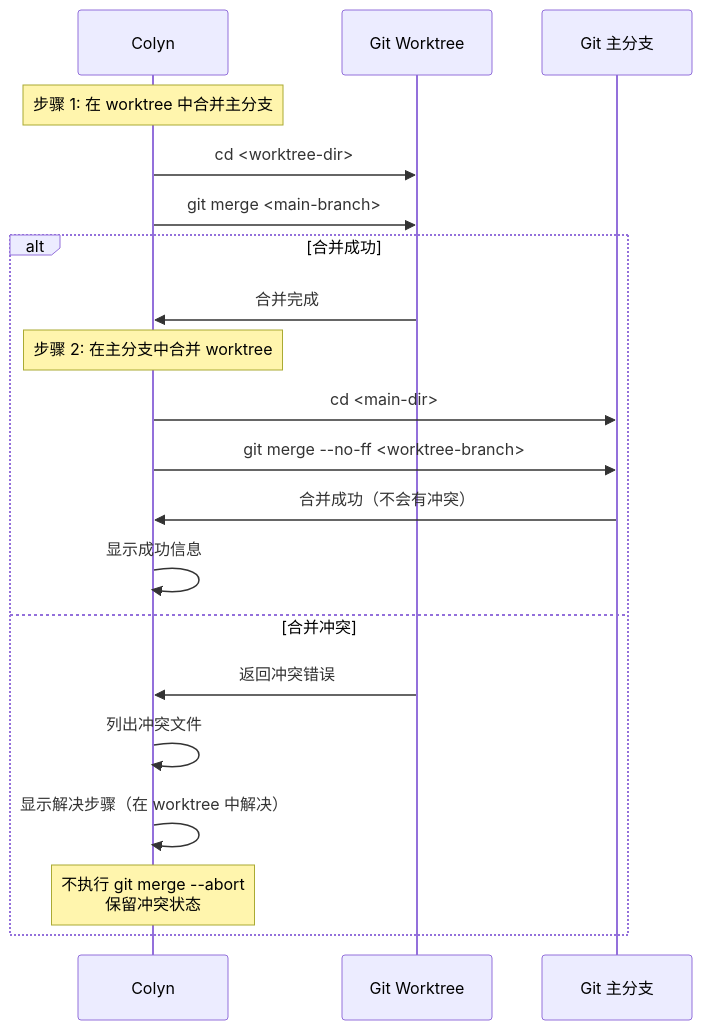
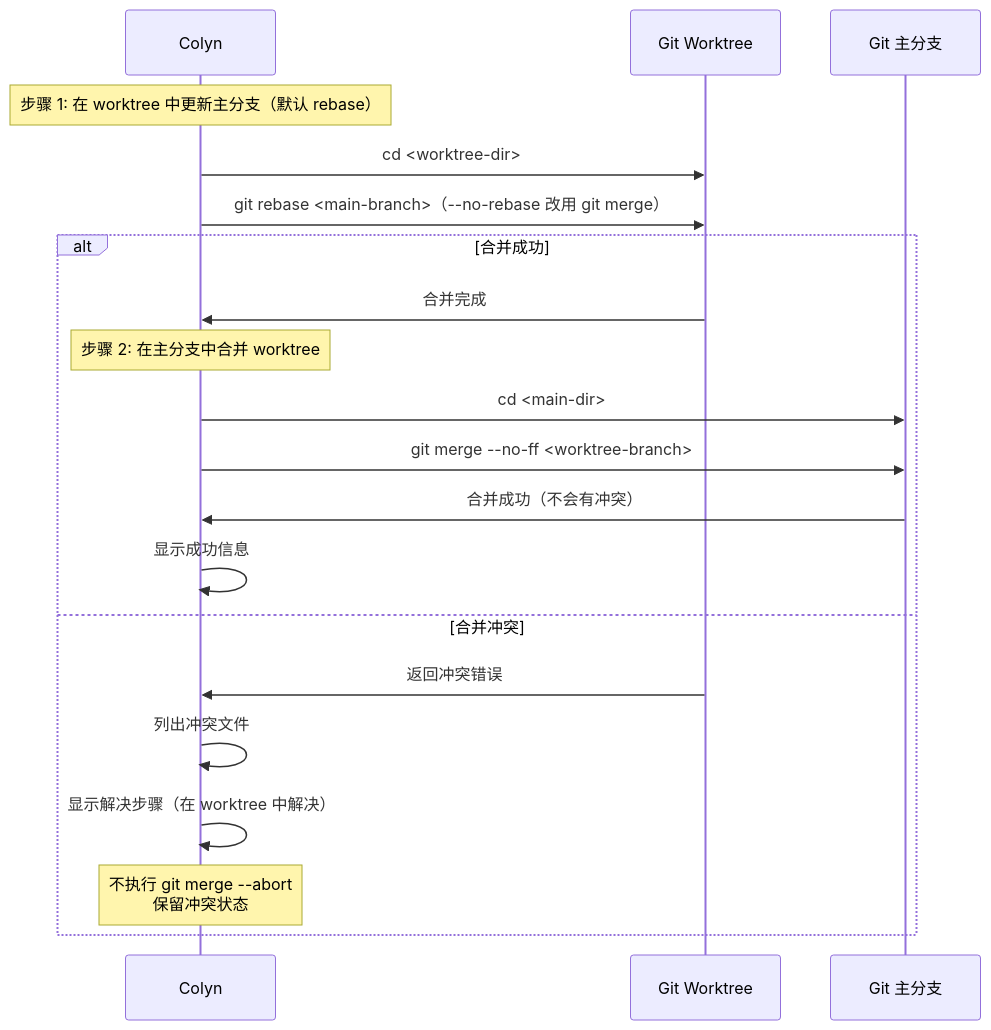
Before and after one commit to colin-han/colyn: the fifth of 7 diagrams in docs/zh-CN/develop/design/commands/design-merge-command.md, drawn with Mermaid. The commit also changed other lines of this file and 39 other files, not shown here.

````diff
--- a/docs/zh-CN/develop/design/commands/design-merge-command.md
+++ b/docs/zh-CN/develop/design/commands/design-merge-command.md
@@ -317,24 +317,24 @@
 ```mermaid
 sequenceDiagram
     participant C as Colyn
     participant WT as Git Worktree
     participant M as Git 主分支
 
-    Note over C: 步骤 1: 在 worktree 中合并主分支
+    Note over C: 步骤 1: 在 worktree 中更新主分支（默认 rebase）
     C->>WT: cd <worktree-dir>
-    C->>WT: git merge <main-branch>
+    C->>WT: git rebase <main-branch>（--no-rebase 改用 git merge）
 
     alt 合并成功
         WT->>C: 合并完成
         Note over C: 步骤 2: 在主分支中合并 worktree
         C->>M: cd <main-dir>
         C->>M: git merge --no-ff <worktree-branch>
         M->>C: 合并成功（不会有冲突）
         C->>C: 显示成功信息
     else 合并冲突
         WT->>C: 返回冲突错误
         C->>C: 列出冲突文件
         C->>C: 显示解决步骤（在 worktree 中解决）
         Note over C: 不执行 git merge --abort<br/>保留冲突状态
     end
 ```
````
